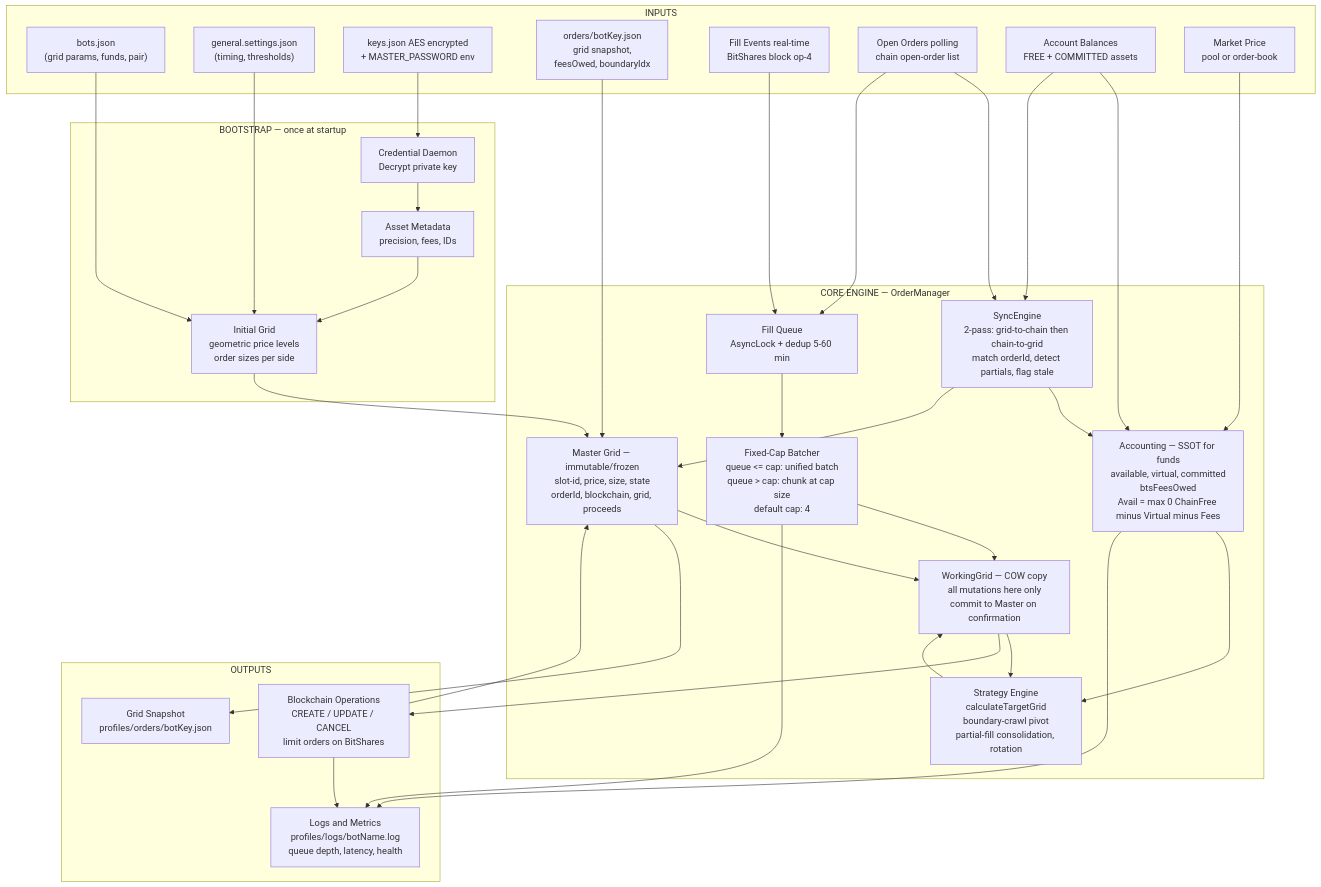
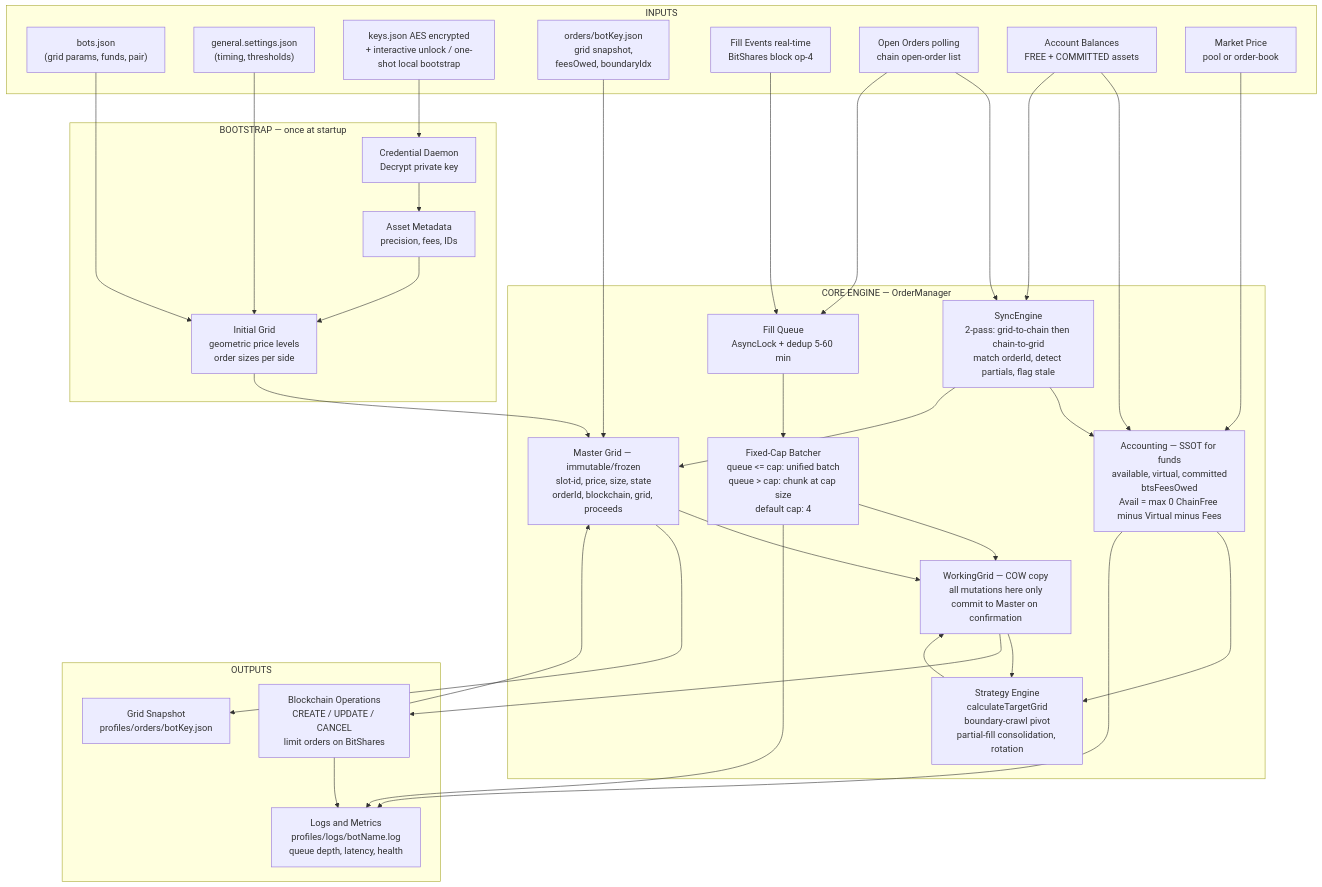
Before and after one commit to technologiespro/DEXBot2: the first of 13 diagrams in docs/architecture.md, drawn with Mermaid. The commit also changed 9 other files, not shown here.

````diff
--- a/docs/architecture.md
+++ b/docs/architecture.md
@@ -36,66 +36,66 @@
 ```mermaid
 flowchart TD
     subgraph IN["INPUTS"]
         CFG["bots.json<br/>(grid params, funds, pair)"]
         GS["general.settings.json<br/>(timing, thresholds)"]
-        KEYS["keys.json AES encrypted<br/>+ MASTER_PASSWORD env"]
+        KEYS["keys.json AES encrypted<br/>+ interactive unlock / one-shot local bootstrap"]
         PERSIST["orders/botKey.json<br/>grid snapshot,<br/>feesOwed, boundaryIdx"]
         FILLEV["Fill Events real-time<br/>BitShares block op-4"]
         OPENORD["Open Orders polling<br/>chain open-order list"]
         BALANCES["Account Balances<br/>FREE + COMMITTED assets"]
         PRICE["Market Price<br/>pool or order-book"]
     end
 
     subgraph BOOT["BOOTSTRAP — once at startup"]
         AUTH["Credential Daemon<br/>Decrypt private key"]
         ASSETMETA["Asset Metadata<br/>precision, fees, IDs"]
         INITGRID["Initial Grid<br/>geometric price levels<br/>order sizes per side"]
     end
 
     subgraph ENGINE["CORE ENGINE — OrderManager"]
         MASTERGRID["Master Grid — immutable/frozen<br/>slot-id, price, size, state<br/>orderId, blockchain, grid, proceeds"]
         TWOPASS["SyncEngine<br/>2-pass: grid-to-chain then chain-to-grid<br/>match orderId, detect partials, flag stale"]
         FUNDS["Accounting — SSOT for funds<br/>available, virtual, committed<br/>btsFeesOwed<br/>Avail = max 0 ChainFree minus Virtual minus Fees"]
         TARGET["Strategy Engine<br/>calculateTargetGrid<br/>boundary-crawl pivot<br/>partial-fill consolidation, rotation"]
         WORKGRID["WorkingGrid — COW copy<br/>all mutations here only<br/>commit to Master on confirmation"]
         FILLQUEUE["Fill Queue<br/>AsyncLock + dedup 5-60 min"]
         BATCHER["Fixed-Cap Batcher<br/>queue <= cap: unified batch<br/>queue > cap: chunk at cap size<br/>default cap: 4"]
     end
 
     subgraph OUT["OUTPUTS"]
         OPS["Blockchain Operations<br/>CREATE / UPDATE / CANCEL<br/>limit orders on BitShares"]
         SNAP["Grid Snapshot<br/>profiles/orders/botKey.json"]
         LOGS["Logs and Metrics<br/>profiles/logs/botName.log<br/>queue depth, latency, health"]
     end
 
     KEYS --> AUTH --> ASSETMETA
     CFG --> INITGRID
     GS --> INITGRID
     ASSETMETA --> INITGRID
     PERSIST --> MASTERGRID
     INITGRID --> MASTERGRID
 
     PRICE --> FUNDS
     BALANCES --> FUNDS
     BALANCES --> TWOPASS
     OPENORD --> TWOPASS
     TWOPASS --> FUNDS
     TWOPASS --> MASTERGRID
 
     FILLEV --> FILLQUEUE
     OPENORD --> FILLQUEUE
     FILLQUEUE --> BATCHER
     BATCHER --> WORKGRID
 
     MASTERGRID --> WORKGRID
     FUNDS --> TARGET
     WORKGRID --> TARGET
     TARGET --> WORKGRID
     WORKGRID --> OPS
     OPS --> MASTERGRID
 
     MASTERGRID --> SNAP
     FUNDS --> LOGS
     BATCHER --> LOGS
     OPS --> LOGS
 ```
````
